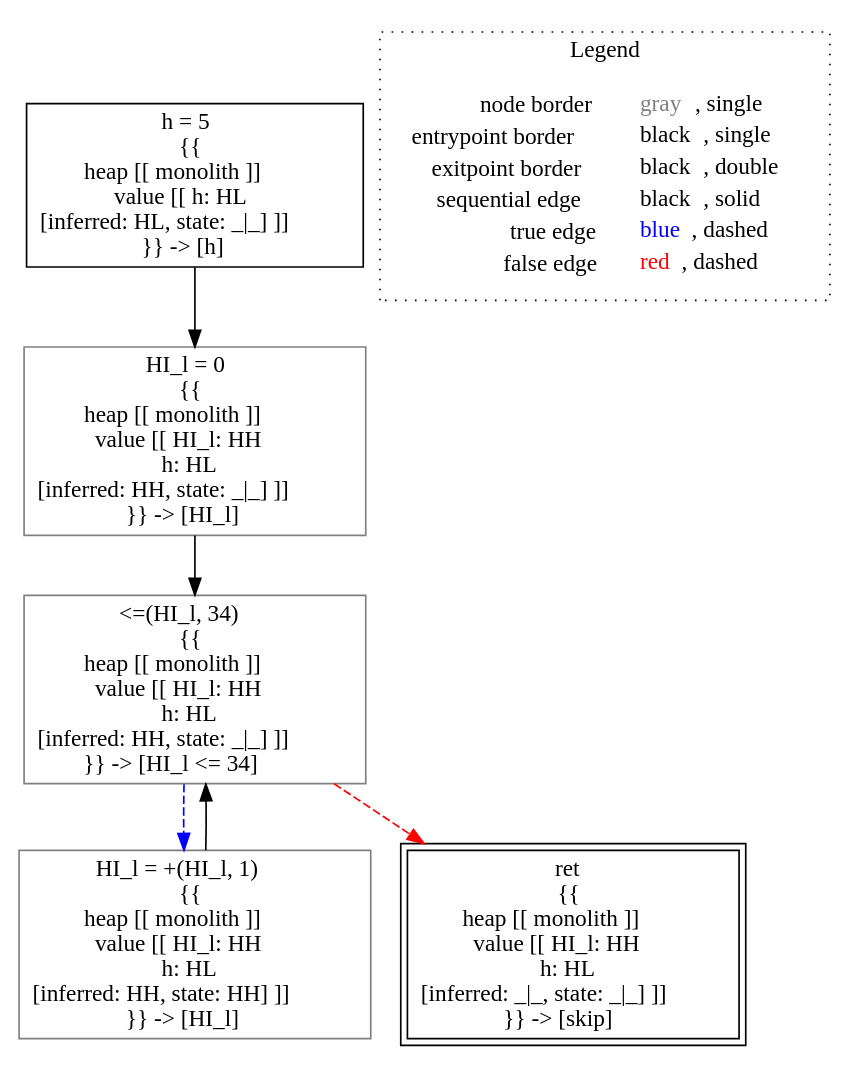
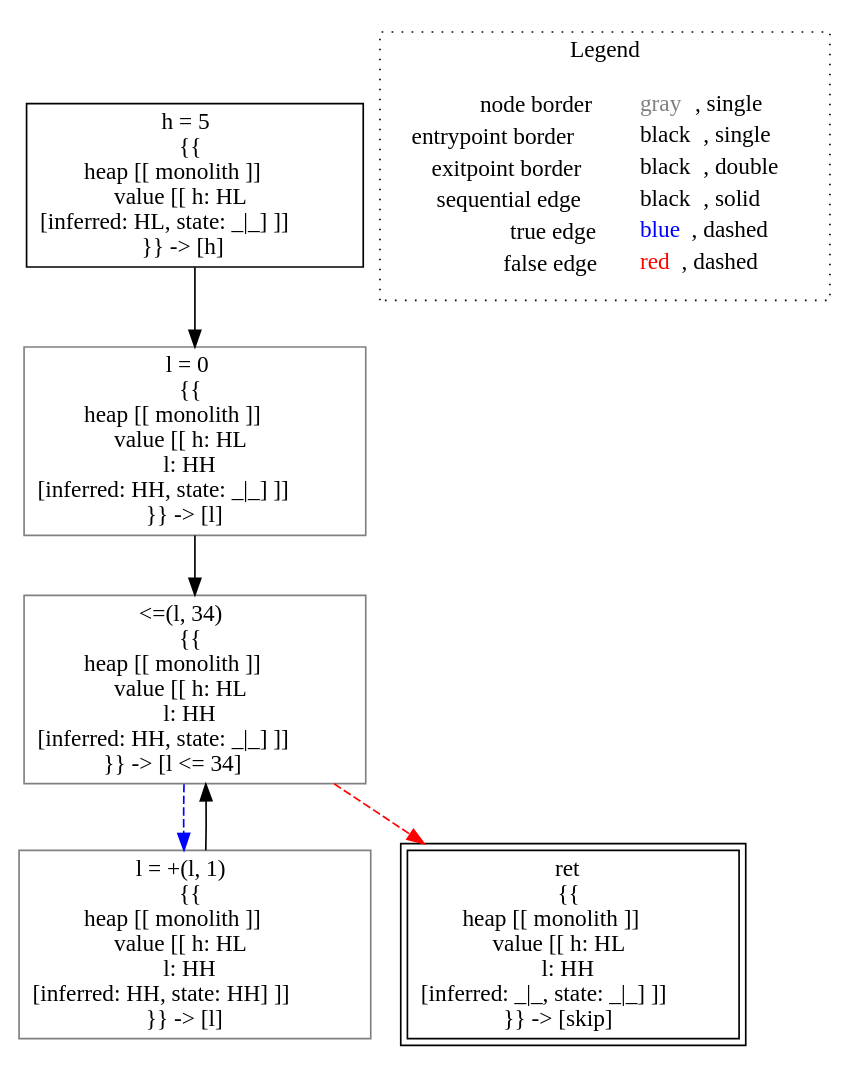
The diagram in lisa/imp-testcases/non-interference/integrity/analysis___untyped_Integrity.integrity_lec19ex1(Integrity_this).dot (lisa-analyzer/lisa), drawn with Graphviz before and after one commit. The commit also changed 30 other files, not shown here.

```diff
--- a/lisa/imp-testcases/non-interference/integrity/analysis___untyped_Integrity.integrity_lec19ex1(Integrity_this).dot
+++ b/lisa/imp-testcases/non-interference/integrity/analysis___untyped_Integrity.integrity_lec19ex1(Integrity_this).dot
@@ -1,19 +1,19 @@
 digraph {
 	"node0" [shape="rect",color="black",label=<h = 5<BR/>{{<BR/>heap [[ monolith ]]<BR/>value [[ h: HL<BR/>[inferred: HL, state: _|_] ]]<BR/>}} -&gt; [h]>];
-	"node1" [shape="rect",color="gray",label=<HI_l = 0<BR/>{{<BR/>heap [[ monolith ]]<BR/>value [[ HI_l: HH<BR/>h: HL<BR/>[inferred: HH, state: _|_] ]]<BR/>}} -&gt; [HI_l]>];
-	"node2" [shape="rect",color="gray",label=<&lt;=(HI_l, 34)<BR/>{{<BR/>heap [[ monolith ]]<BR/>value [[ HI_l: HH<BR/>h: HL<BR/>[inferred: HH, state: _|_] ]]<BR/>}} -&gt; [HI_l &lt;= 34]>];
-	"node3" [shape="rect",color="gray",label=<HI_l = +(HI_l, 1)<BR/>{{<BR/>heap [[ monolith ]]<BR/>value [[ HI_l: HH<BR/>h: HL<BR/>[inferred: HH, state: HH] ]]<BR/>}} -&gt; [HI_l]>];
-	"node4" [shape="rect",color="black",peripheries="2",label=<ret<BR/>{{<BR/>heap [[ monolith ]]<BR/>value [[ HI_l: HH<BR/>h: HL<BR/>[inferred: _|_, state: _|_] ]]<BR/>}} -&gt; [skip]>];
-	"node1" -> "node2" [color="black"];
-	"node2" -> "node3" [color="blue",style="dashed"];
-	"node2" -> "node4" [color="red",style="dashed"];
-	"node3" -> "node2" [color="black"];
-	"node0" -> "node1" [color="black"];
+	"node1" [shape="rect",color="black",peripheries="2",label=<ret<BR/>{{<BR/>heap [[ monolith ]]<BR/>value [[ h: HL<BR/>l: HH<BR/>[inferred: _|_, state: _|_] ]]<BR/>}} -&gt; [skip]>];
+	"node2" [shape="rect",color="gray",label=<l = +(l, 1)<BR/>{{<BR/>heap [[ monolith ]]<BR/>value [[ h: HL<BR/>l: HH<BR/>[inferred: HH, state: HH] ]]<BR/>}} -&gt; [l]>];
+	"node3" [shape="rect",color="gray",label=<l = 0<BR/>{{<BR/>heap [[ monolith ]]<BR/>value [[ h: HL<BR/>l: HH<BR/>[inferred: HH, state: _|_] ]]<BR/>}} -&gt; [l]>];
+	"node4" [shape="rect",color="gray",label=<&lt;=(l, 34)<BR/>{{<BR/>heap [[ monolith ]]<BR/>value [[ h: HL<BR/>l: HH<BR/>[inferred: HH, state: _|_] ]]<BR/>}} -&gt; [l &lt;= 34]>];
+	"node0" -> "node3" [color="black"];
+	"node2" -> "node4" [color="black"];
+	"node3" -> "node4" [color="black"];
+	"node4" -> "node1" [color="red",style="dashed"];
+	"node4" -> "node2" [color="blue",style="dashed"];
 subgraph cluster_legend {
 	label="Legend";
 	style=dotted;
 	node [shape=plaintext];
 	"legend" [label=<<table border="0" cellpadding="2" cellspacing="0" cellborder="0"><tr><td align="right">node border&nbsp;</td><td align="left"><font color="gray">gray</font>, single</td></tr><tr><td align="right">entrypoint border&nbsp;</td><td align="left"><font color="black">black</font>, single</td></tr><tr><td align="right">exitpoint border&nbsp;</td><td align="left"><font color="black">black</font>, double</td></tr><tr><td align="right">sequential edge&nbsp;</td><td align="left"><font color="black">black</font>, solid</td></tr><tr><td align="right">true edge&nbsp;</td><td align="left"><font color="blue">blue</font>, dashed</td></tr><tr><td align="right">false edge&nbsp;</td><td align="left"><font color="red">red</font>, dashed</td></tr></table>>];
 }
 
 }
```
